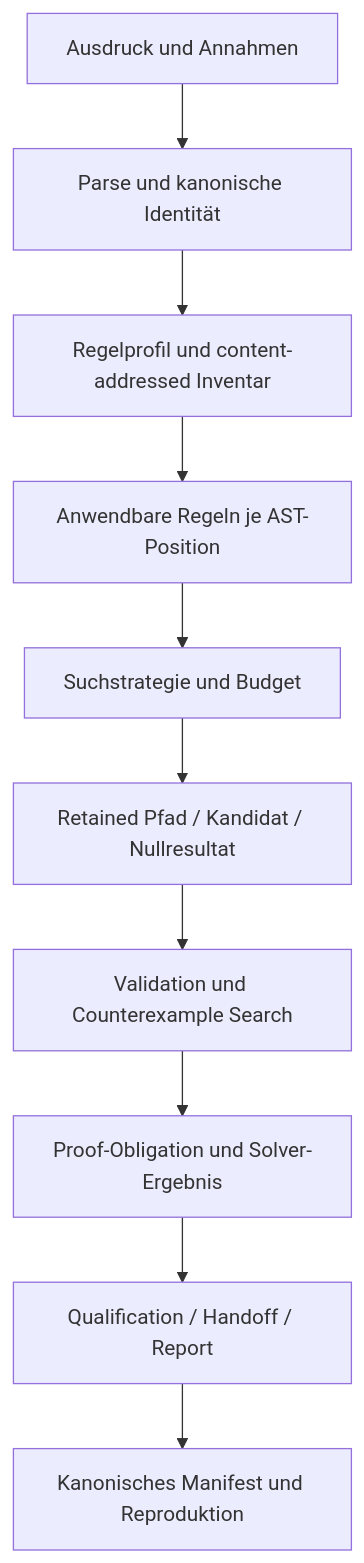
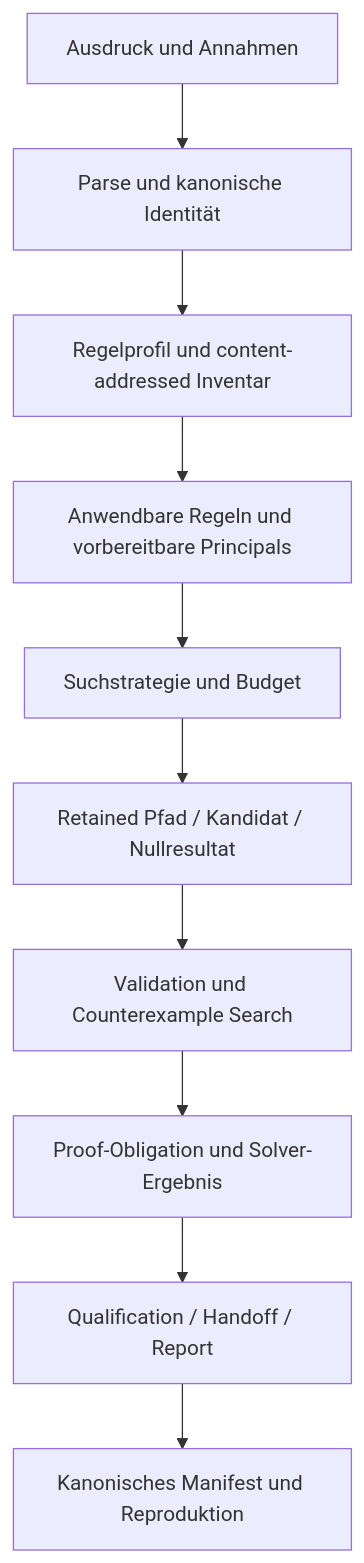
One commit to carstenartur/Regelsuche changed the second of 4 diagrams in docs/architecture.md. Above: the diagram before and after it, drawn with Mermaid. The commit also changed other lines of this file, not shown here.

````diff
--- a/docs/architecture.md
+++ b/docs/architecture.md
@@ -84,12 +86,12 @@
 ```mermaid
 flowchart TD
     expression[Ausdruck und Annahmen] --> canonical[Parse und kanonische Identität]
     canonical --> inventory[Regelprofil und content-addressed Inventar]
-    inventory --> enumerate[Anwendbare Regeln je AST-Position]
+    inventory --> enumerate[Anwendbare Regeln und vorbereitbare Principals]
     enumerate --> search[Suchstrategie und Budget]
     search --> path[Retained Pfad / Kandidat / Nullresultat]
     path --> validation[Validation und Counterexample Search]
     validation --> proof[Proof-Obligation und Solver-Ergebnis]
     proof --> lifecycle[Qualification / Handoff / Report]
     lifecycle --> manifest[Kanonisches Manifest und Reproduktion]
 ```
````
